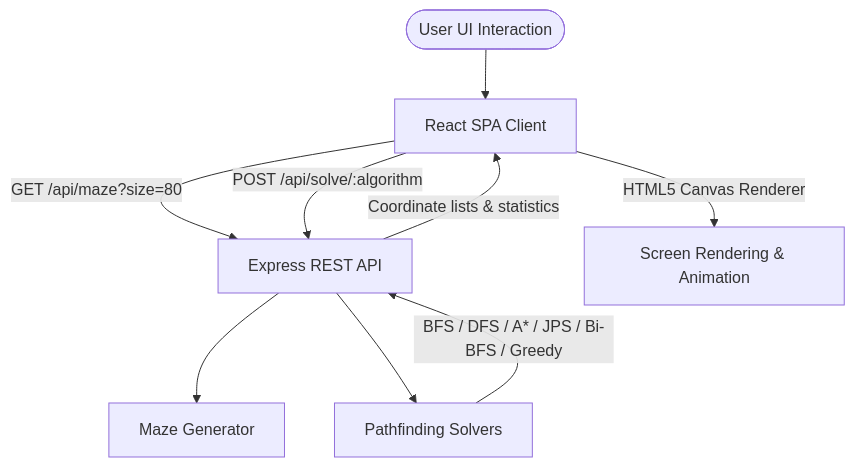
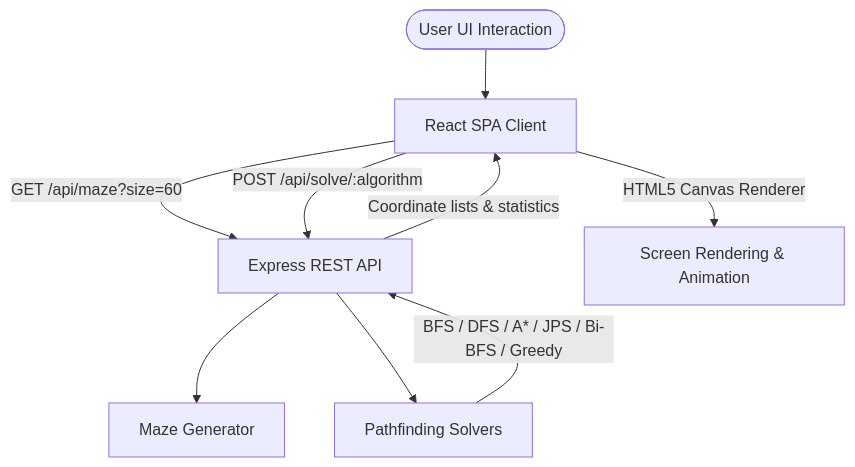
Before and after one commit to nikhilvirdi/GridLab: the diagram in README.md, drawn with Mermaid. The commit also changed other lines of this file and 7 other files, not shown here.

````diff
--- a/README.md
+++ b/README.md
@@ -13,11 +13,11 @@
 ```mermaid
 graph TD
     User([User UI Interaction]) --> Frontend[React SPA Client]
-    Frontend -->|GET /api/maze?size=80| Express[Express REST API]
+    Frontend -->|GET /api/maze?size=60| Express[Express REST API]
     Frontend -->|POST /api/solve/:algorithm| Express
     Express --> MazeGen[Maze Generator]
     Express --> Solvers[Pathfinding Solvers]
     Solvers -->|BFS / DFS / A* / JPS / Bi-BFS / Greedy| Express
     Express -->|Coordinate lists & statistics| Frontend
     Frontend -->|HTML5 Canvas Renderer| Screen[Screen Rendering & Animation]
 ```
````
